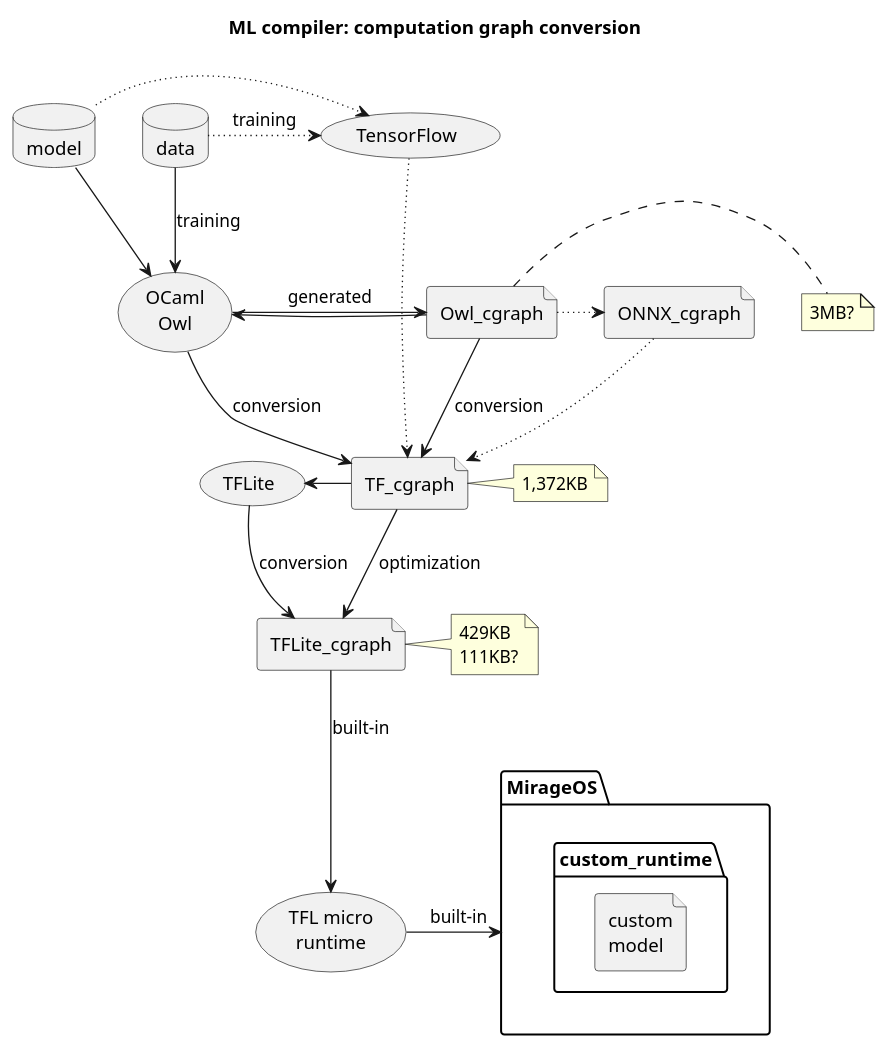
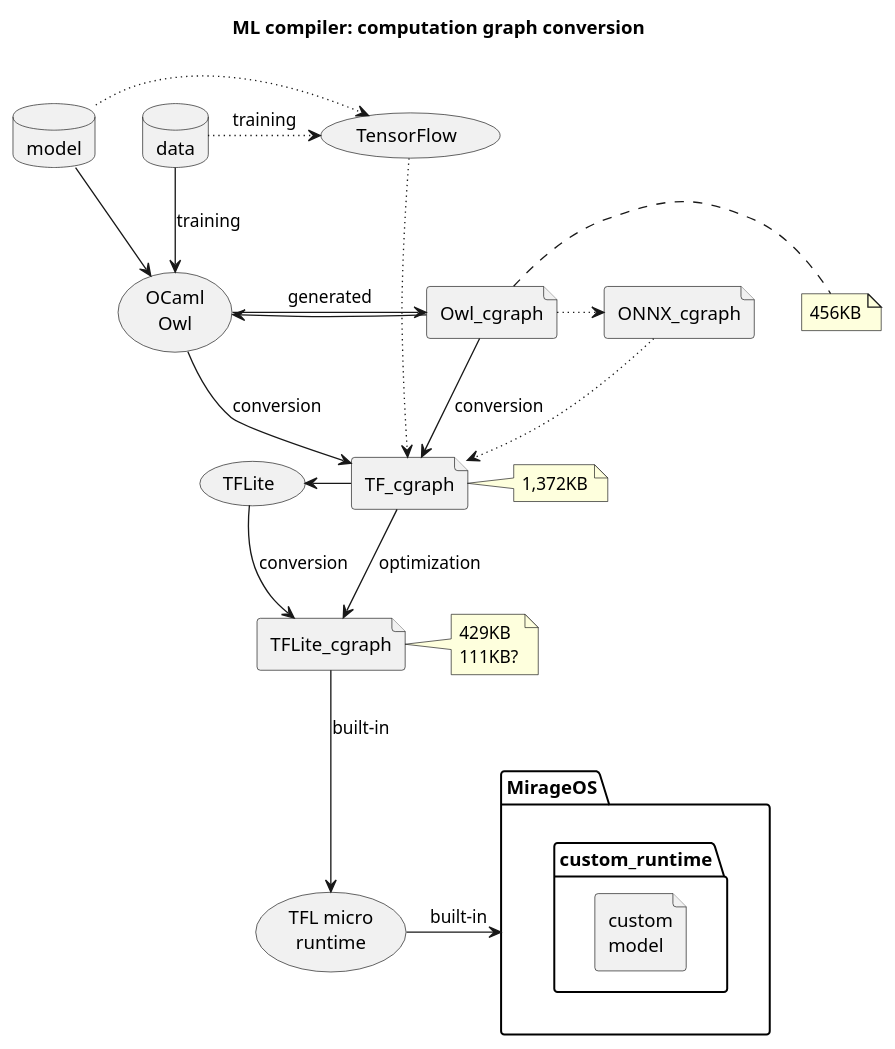
One commit to doyu/elc2019 changed the diagram in convert-uc.puml. Above: the diagram before and after it, drawn with PlantUML.

Commit message:
convert: fix owl cgraph size

```diff
--- a/convert-uc.puml
+++ b/convert-uc.puml
@@ -1,37 +1,37 @@
 @startuml
 title ML compiler: computation graph conversion
 
 database model
 database data
 file Owl_cgraph
-note right of Owl_cgraph : 3MB?
+note right of Owl_cgraph : 456KB
 file TF_cgraph
 note right of TF_cgraph : 1,372KB
 file TFLite_cgraph
 note right of TFLite_cgraph : 429KB\n111KB?
 file ONNX_cgraph
 folder MirageOS {
         folder custom_runtime {
         	file "custom\nmodel"
 	}
 }
 
 Owl_cgraph -down-> TF_cgraph : conversion
 Owl_cgraph .[dotted]> ONNX_cgraph
 ONNX_cgraph .[dotted]> TF_cgraph
 model .[dotted]> (TensorFlow)
 data .[dotted]> (TensorFlow) : training
 (TensorFlow) .[dotted]> TF_cgraph
 TF_cgraph -down-> TFLite_cgraph : optimization
 TFLite_cgraph -down-> (TFL micro\nruntime) : built-in
 (TFL micro\nruntime) -> MirageOS : built-in
 
 model -down-> (OCaml\nOwl)
 data -down-> (OCaml\nOwl) : training
 (OCaml\nOwl) -> Owl_cgraph : generated
 (OCaml\nOwl) <- Owl_cgraph
 (OCaml\nOwl) -> TF_cgraph : conversion
 (TFLite) <- TF_cgraph
 (TFLite) -> TFLite_cgraph : conversion
 
 @enduml
```
